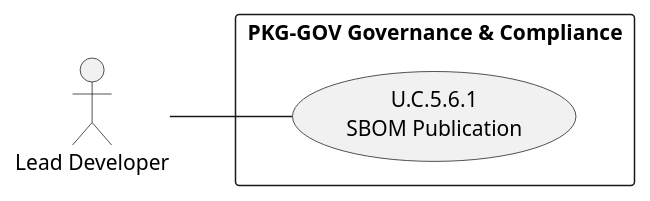
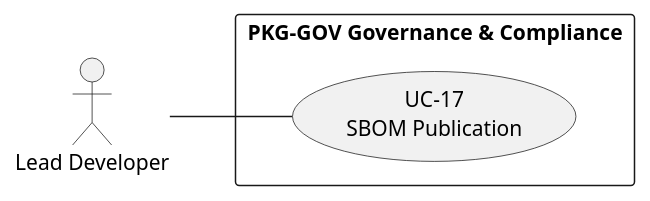
Before and after one commit to pauloribeiro16/Methodology_compact: diagram 11 of 11 in 02_CASES/Case_01_TinyTask_SaaS/03_PHASE3_DECOMPOSITION_RICH/annexes/A_Use_Case_Diagrams.md, drawn with PlantUML. The commit also changed other lines of this file and 34 other files, not shown here.

Commit message:
[EXECUTOR] F2 RENUMBER Case_01: U.C.x.y.z flattened → UC-01..40 (compliance 01..17 + product 18..40), two-phase, 20 files, xlsx+builder regenerated, 11 SVGs re-rendered; gates PASS (verify_rich 0, audit 100%, mermaid 192/192, smoke 16/16)

````diff
--- a/02_CASES/Case_01_TinyTask_SaaS/03_PHASE3_DECOMPOSITION_RICH/annexes/A_Use_Case_Diagrams.md
+++ b/02_CASES/Case_01_TinyTask_SaaS/03_PHASE3_DECOMPOSITION_RICH/annexes/A_Use_Case_Diagrams.md
@@ -366,10 +368,10 @@
 ```plantuml
 @startuml
 left to right direction
 actor "Lead Developer" as DEV
 rectangle "PKG-GOV Governance & Compliance" {
-usecase "U.C.5.6.1\nSBOM Publication" as UC561
+usecase "UC-17\nSBOM Publication" as UC561
 }
 DEV -- UC561
 @enduml
 ```
````
